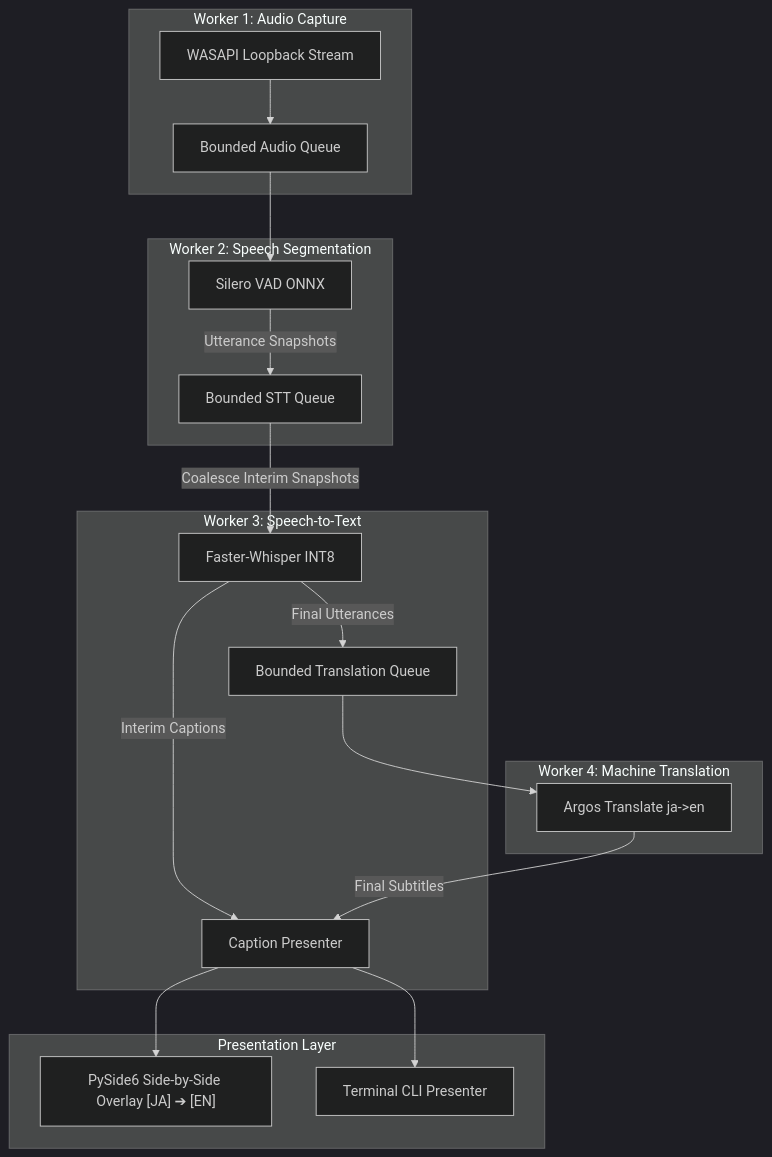
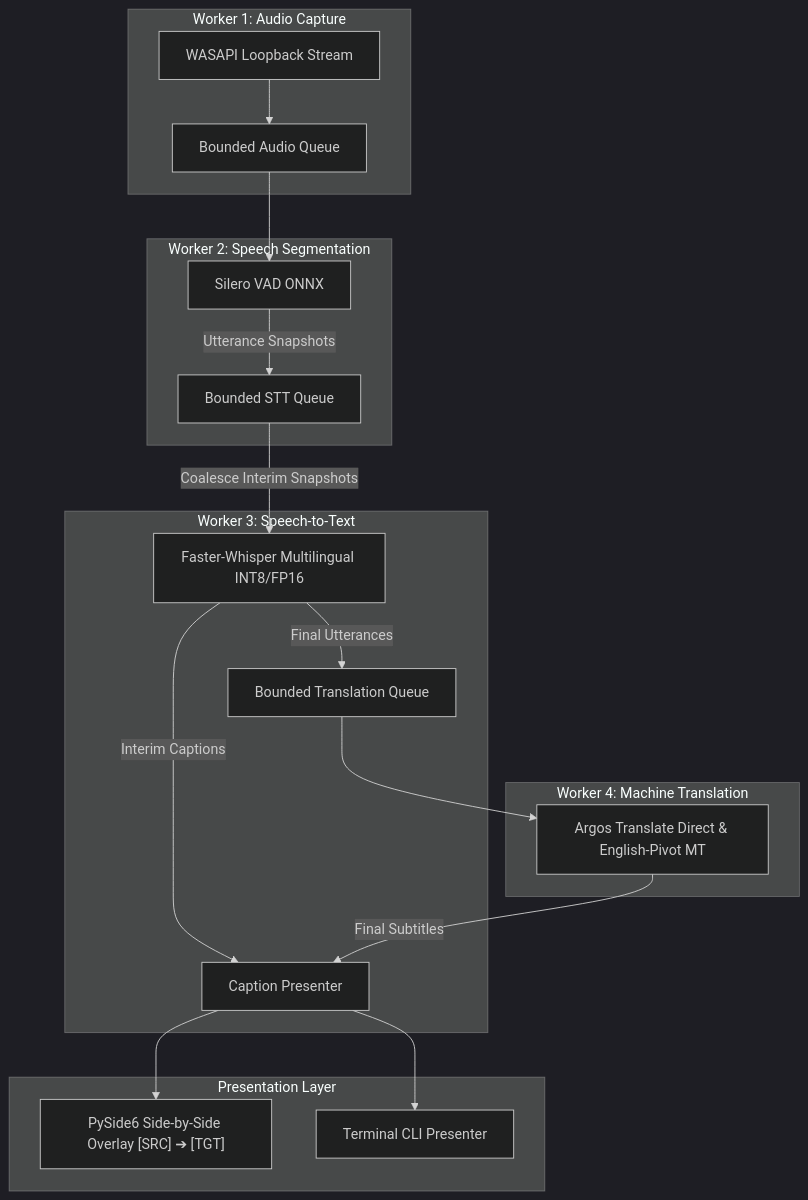
One commit to p1kalys/captran changed the diagram in ARCHITECTURE.md. Above: the diagram before and after it, drawn with Mermaid (dark theme). The commit also changed other lines of this file and 37 other files, not shown here.

Commit message:
feat: add multilingual STT and translation with Whisper and Argos Translate and update documentation

````diff
--- a/ARCHITECTURE.md
+++ b/ARCHITECTURE.md
@@ -44,27 +44,27 @@
 ```mermaid
 flowchart TD
     subgraph Capture["Worker 1: Audio Capture"]
         A[WASAPI Loopback Stream] --> Q1[Bounded Audio Queue]
     end
 
     subgraph VAD["Worker 2: Speech Segmentation"]
         Q1 --> B[Silero VAD ONNX]
         B -->|Utterance Snapshots| Q2[Bounded STT Queue]
     end
 
     subgraph STT["Worker 3: Speech-to-Text"]
-        Q2 -->|Coalesce Interim Snapshots| C[Faster-Whisper INT8]
+        Q2 -->|Coalesce Interim Snapshots| C[Faster-Whisper Multilingual INT8/FP16]
         C -->|Interim Captions| P[Caption Presenter]
         C -->|Final Utterances| Q3[Bounded Translation Queue]
     end
 
     subgraph MT["Worker 4: Machine Translation"]
-        Q3 --> D[Argos Translate ja->en]
+        Q3 --> D[Argos Translate Direct & English-Pivot MT]
         D -->|Final Subtitles| P
     end
 
     subgraph UI["Presentation Layer"]
-        P --> E1["PySide6 Side-by-Side Overlay [JA] ➔ [EN]"]
+        P --> E1["PySide6 Side-by-Side Overlay [SRC] ➔ [TGT]"]
         P --> E2["Terminal CLI Presenter"]
     end
 ```
````
